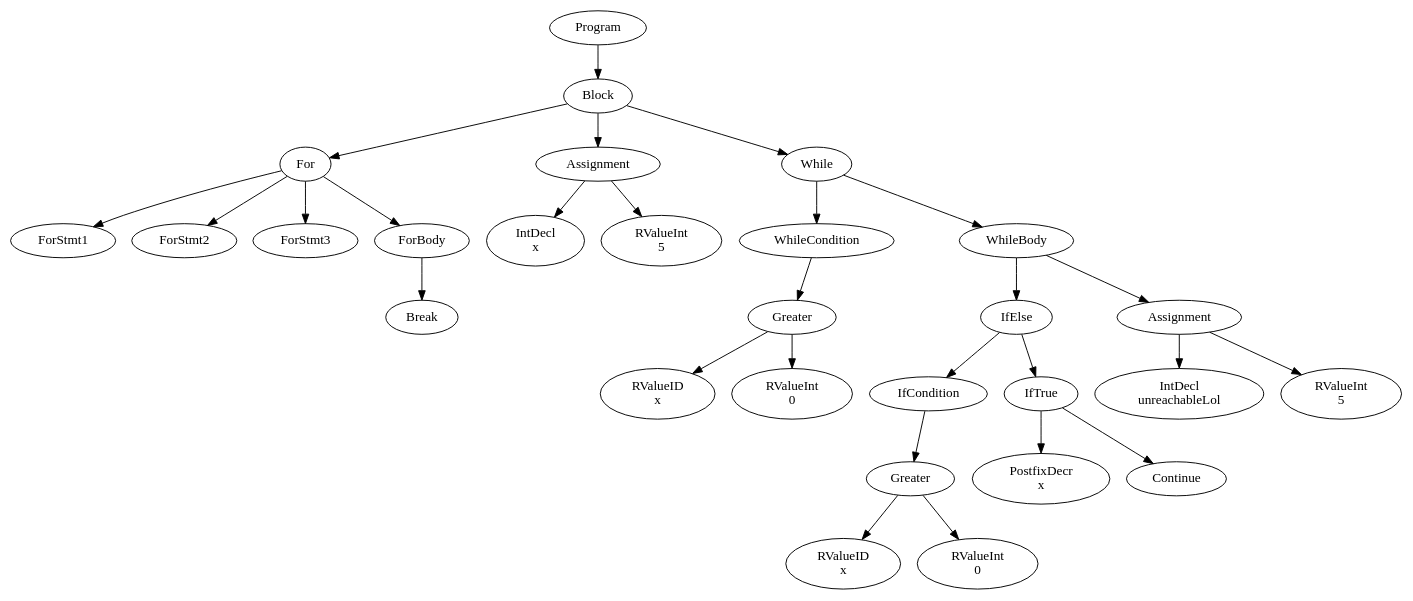
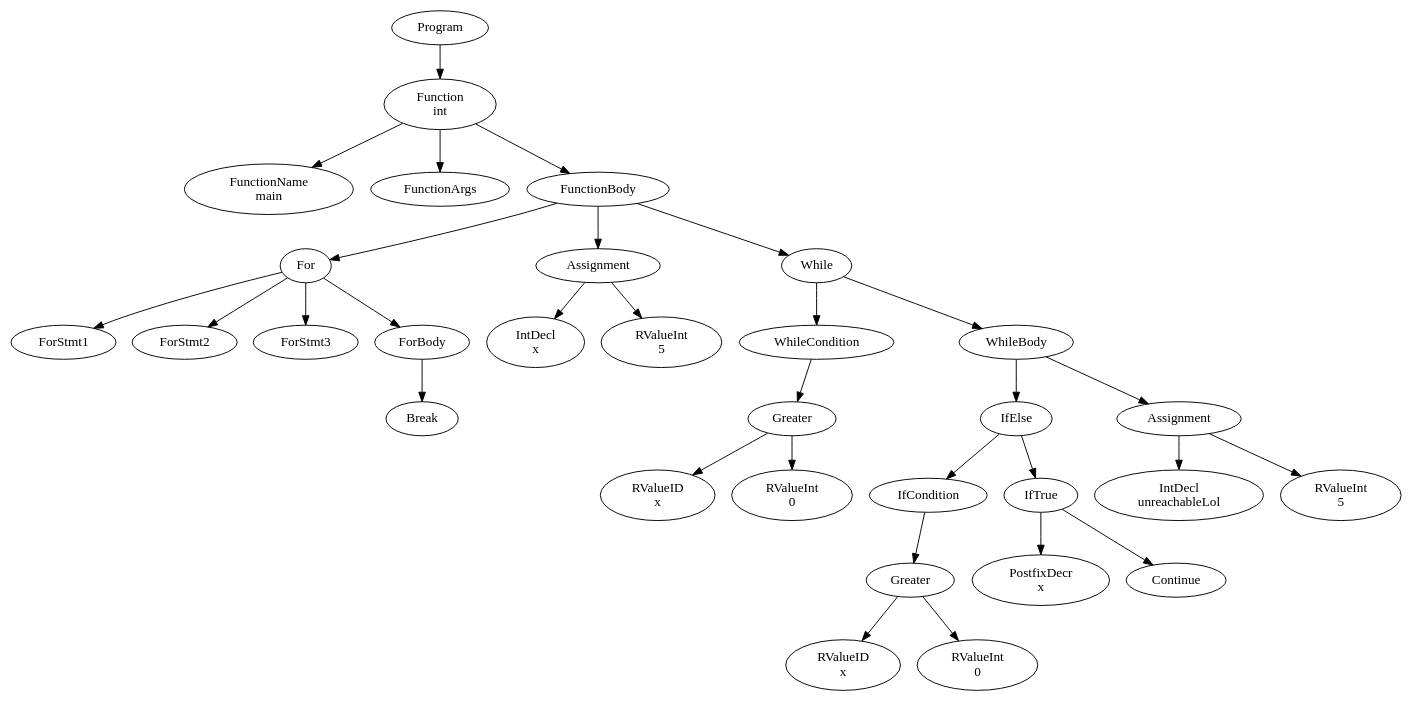
One commit to FedericoQuin/Compilers changed the diagram in official/res/solutions/break_continue.dot. Above: the diagram before and after it, drawn with Graphviz. The commit also changed 24 other files, not shown here.

```diff
--- a/official/res/solutions/break_continue.dot
+++ b/official/res/solutions/break_continue.dot
@@ -1,57 +1,63 @@
 digraph AST {
-0 [label="Program"];
-1 [label="Block"];
-2 [label="For"];
-3 [label="ForStmt1"];
-4 [label="ForStmt2"];
-5 [label="ForStmt3"];
-6 [label="ForBody"];
-7 [label="Break"];
+1 [label="Program"];
+2 [label="Function \nint"];
+3 [label="FunctionName \nmain"];
+4 [label="FunctionArgs"];
+5 [label="FunctionBody"];
+6 [label="For"];
+7 [label="ForStmt1"];
+8 [label="ForStmt2"];
+9 [label="ForStmt3"];
+10 [label="ForBody"];
+11 [label="Break"];
+10 -> 11;
 6 -> 7;
+6 -> 8;
+6 -> 9;
+6 -> 10;
+12 [label="Assignment"];
+13 [label="IntDecl \nx"];
+14 [label="RValueInt \n5"];
+12 -> 13;
+12 -> 14;
+15 [label="While"];
+16 [label="WhileCondition"];
+17 [label="Greater"];
+18 [label="RValueID \nx"];
+19 [label="RValueInt \n0"];
+17 -> 18;
+17 -> 19;
+16 -> 17;
+20 [label="WhileBody"];
+21 [label="IfElse"];
+22 [label="IfCondition"];
+23 [label="Greater"];
+24 [label="RValueID \nx"];
+25 [label="RValueInt \n0"];
+23 -> 24;
+23 -> 25;
+22 -> 23;
+26 [label="IfTrue"];
+27 [label="PostfixDecr \nx"];
+28 [label="Continue"];
+26 -> 27;
+26 -> 28;
+21 -> 22;
+21 -> 26;
+29 [label="Assignment"];
+30 [label="IntDecl \nunreachableLol"];
+31 [label="RValueInt \n5"];
+29 -> 30;
+29 -> 31;
+20 -> 21;
+20 -> 29;
+15 -> 16;
+15 -> 20;
+5 -> 6;
+5 -> 12;
+5 -> 15;
 2 -> 3;
 2 -> 4;
 2 -> 5;
-2 -> 6;
-8 [label="Assignment"];
-9 [label="IntDecl \nx"];
-10 [label="RValueInt \n5"];
-8 -> 9;
-8 -> 10;
-11 [label="While"];
-12 [label="WhileCondition"];
-13 [label="Greater"];
-14 [label="RValueID \nx"];
-15 [label="RValueInt \n0"];
-13 -> 14;
-13 -> 15;
-12 -> 13;
-16 [label="WhileBody"];
-17 [label="IfElse"];
-18 [label="IfCondition"];
-19 [label="Greater"];
-20 [label="RValueID \nx"];
-21 [label="RValueInt \n0"];
-19 -> 20;
-19 -> 21;
-18 -> 19;
-22 [label="IfTrue"];
-23 [label="PostfixDecr \nx"];
-24 [label="Continue"];
-22 -> 23;
-22 -> 24;
-17 -> 18;
-17 -> 22;
-25 [label="Assignment"];
-26 [label="IntDecl \nunreachableLol"];
-27 [label="RValueInt \n5"];
-25 -> 26;
-25 -> 27;
-16 -> 17;
-16 -> 25;
-11 -> 12;
-11 -> 16;
 1 -> 2;
-1 -> 8;
-1 -> 11;
-0 -> 1;
 }
```
